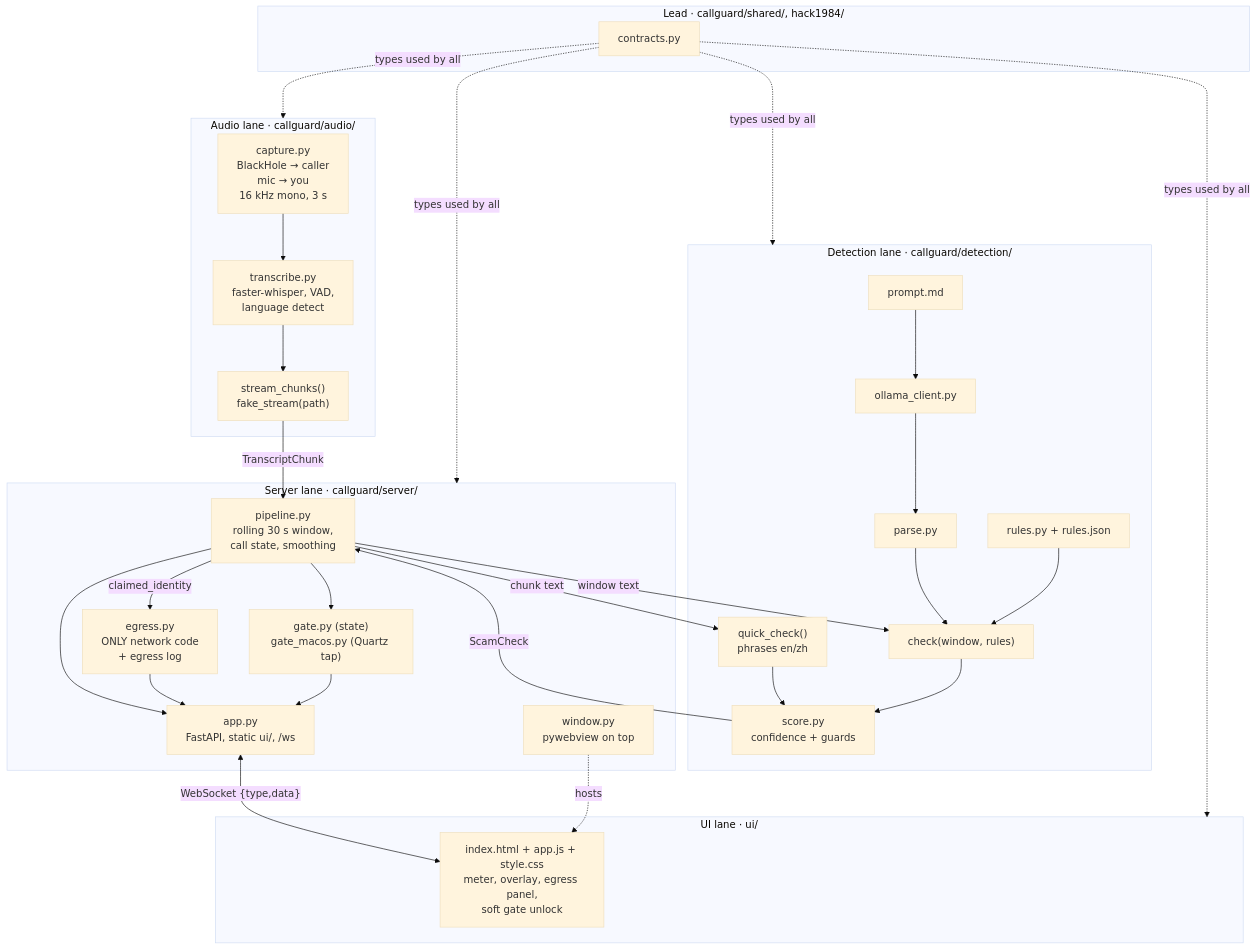
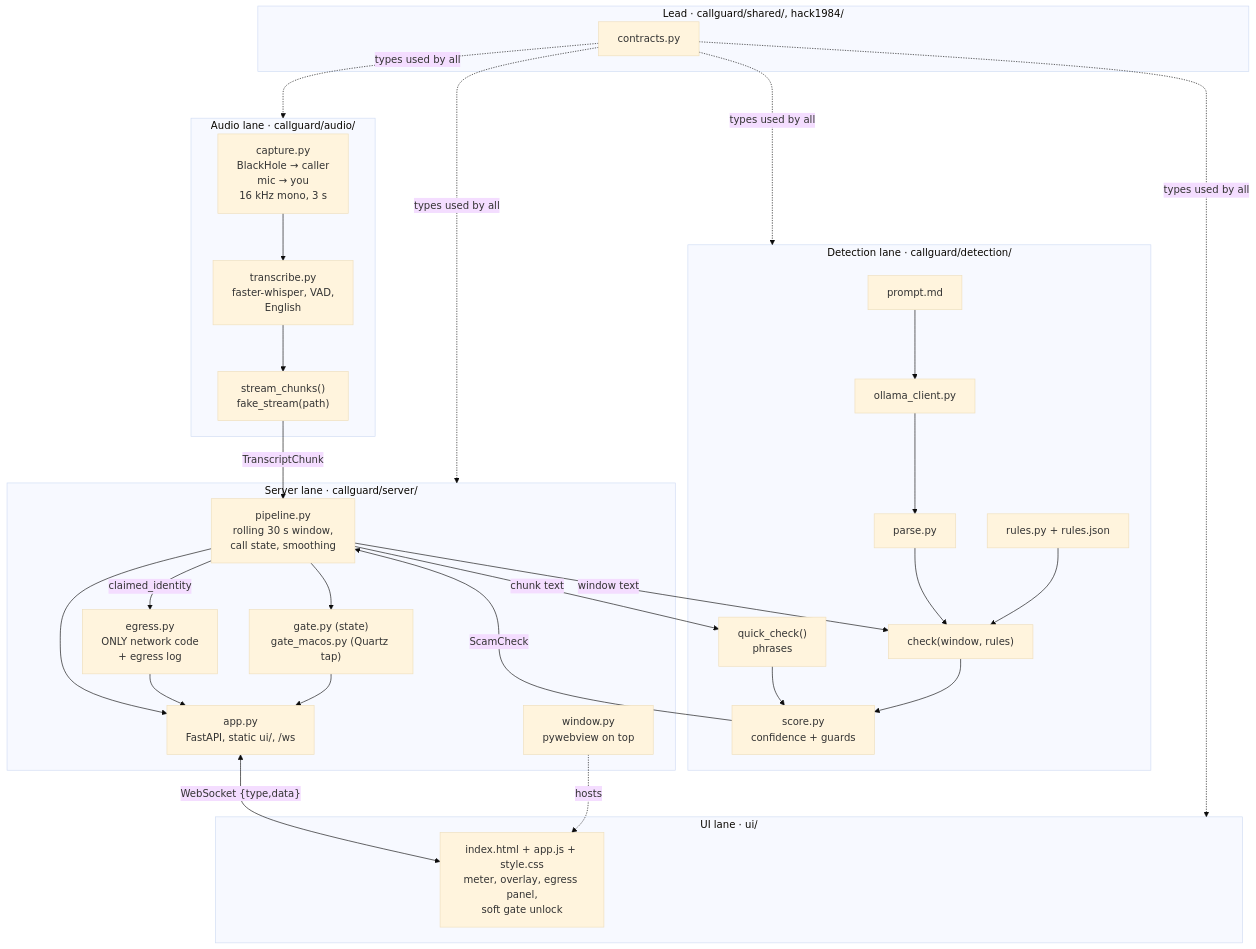
The third of 10 diagrams in hack1984/prd.md (cocoleunghokei/CallGuard), drawn with Mermaid (base theme) before and after one commit. The commit also changed other lines of this file and 3 other files, not shown here.

````diff
--- a/hack1984/prd.md
+++ b/hack1984/prd.md
@@ -589,48 +581,48 @@
 ```mermaid
 flowchart TB
     subgraph AUD["Audio lane · callguard/audio/"]
         cap["capture.py<br/>BlackHole → caller<br/>mic → you<br/>16 kHz mono, 3 s"]
-        tr["transcribe.py<br/>faster-whisper, VAD,<br/>language detect"]
+        tr["transcribe.py<br/>faster-whisper, VAD,<br/>English"]
         sc["stream_chunks()<br/>fake_stream(path)"]
         cap --> tr --> sc
     end
     subgraph DET["Detection lane · callguard/detection/"]
-        qc["quick_check()<br/>phrases en/zh"]
+        qc["quick_check()<br/>phrases"]
         oc["ollama_client.py"]
         pr["prompt.md"]
         pa["parse.py"]
         ru["rules.py + rules.json"]
         so["score.py<br/>confidence + guards"]
         ck["check(window, rules)"]
         pr --> oc --> pa --> ck
         ru --> ck
         qc --> so
         ck --> so
     end
     subgraph SRV["Server lane · callguard/server/"]
         app["app.py<br/>FastAPI, static ui/, /ws"]
         pl["pipeline.py<br/>rolling 30 s window,<br/>call state, smoothing"]
         eg["egress.py<br/>ONLY network code<br/>+ egress log"]
         ga["gate.py (state)<br/>gate_macos.py (Quartz tap)"]
         win["window.py<br/>pywebview on top"]
     end
     subgraph UI["UI lane · ui/"]
         idx["index.html + app.js + style.css<br/>meter, overlay, egress panel,<br/>soft gate unlock"]
     end
     subgraph LEAD["Lead · callguard/shared/, hack1984/"]
         con["contracts.py"]
     end
 
     sc -- TranscriptChunk --> pl
     pl -- "window text" --> ck
     pl -- "chunk text" --> qc
     so -- ScamCheck --> pl
     pl -- "claimed_identity" --> eg
     pl --> ga
     app <-- "WebSocket {type,data}" --> idx
     pl --> app
     eg --> app
     ga --> app
     win -. hosts .-> idx
     con -. "types used by all" .-> AUD & DET & SRV & UI
 ```
````
